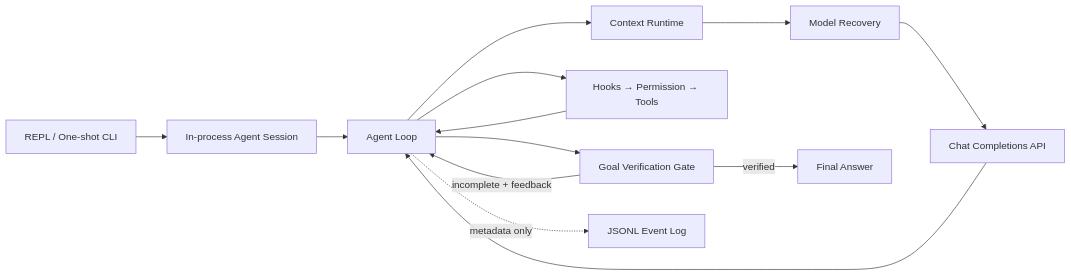
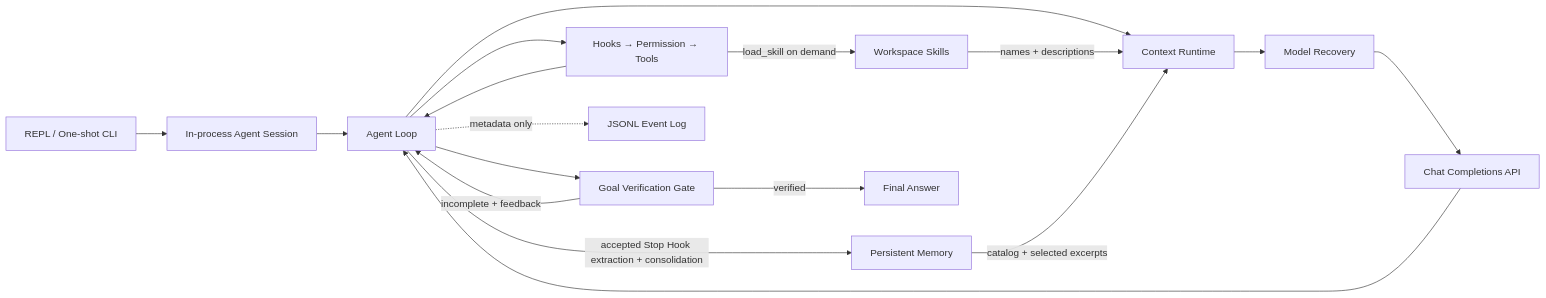
One commit to 729194587/tiny_harness changed the diagram in README.md. Above: the diagram before and after it, drawn with Mermaid. The commit also changed other lines of this file and 26 other files, not shown here.

Commit message:
feat: add minimal skills and memory

````diff
--- a/README.md
+++ b/README.md
@@ -7,15 +7,19 @@
 ```mermaid
 flowchart LR
     CLI["REPL / One-shot CLI"] --> Session["In-process Agent Session"]
     Session --> Loop["Agent Loop"]
     Loop --> Context["Context Runtime"]
+    Skills["Workspace Skills"] -->|"names + descriptions"| Context
+    Memory["Persistent Memory"] -->|"catalog + selected excerpts"| Context
     Context --> Recovery["Model Recovery"]
     Recovery --> Model["Chat Completions API"]
     Model --> Loop
     Loop --> Execution["Hooks → Permission → Tools"]
+    Execution -->|"load_skill on demand"| Skills
     Execution --> Loop
     Loop --> Goal["Goal Verification Gate"]
     Goal -->|"incomplete + feedback"| Loop
     Goal -->|"verified"| Final["Final Answer"]
+    Loop -->|"accepted Stop Hook extraction + consolidation"| Memory
     Loop -. "metadata only" .-> Events["JSONL Event Log"]
 ```
````
